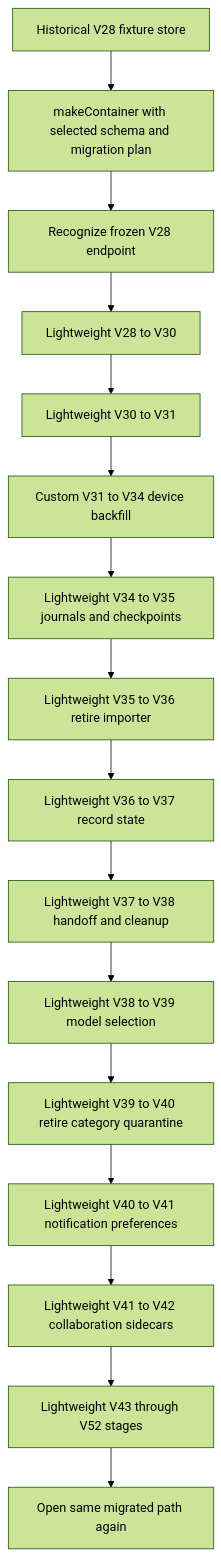
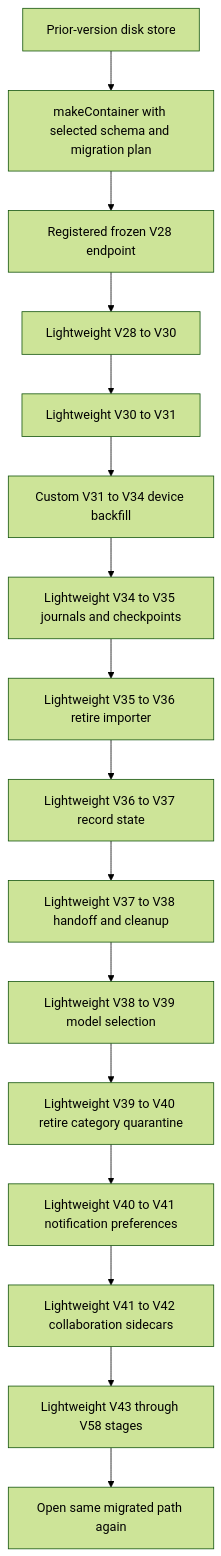
The third of 7 diagrams in openwiki/concepts/persistence-and-secrets.md (AkinoKaede/Termind), drawn with Mermaid (forest theme) before and after one commit. The commit also changed other lines of this file and 67 other files, not shown here.

````diff
--- a/openwiki/concepts/persistence-and-secrets.md
+++ b/openwiki/concepts/persistence-and-secrets.md
@@ -251,18 +255,18 @@
 ```mermaid
 flowchart TD
-    Fixture["Historical V28 fixture store"] --> Factory["makeContainer with selected schema and migration plan"]
-    Factory --> V28["Recognize frozen V28 endpoint"]
+    LegacyStore["Prior-version disk store"] --> Factory["makeContainer with selected schema and migration plan"]
+    Factory --> V28["Registered frozen V28 endpoint"]
     V28 --> V30["Lightweight V28 to V30"]
     V30 --> V31["Lightweight V30 to V31"]
     V31 --> V34["Custom V31 to V34 device backfill"]
     V34 --> V35["Lightweight V34 to V35 journals and checkpoints"]
     V35 --> V36["Lightweight V35 to V36 retire importer"]
     V36 --> V37["Lightweight V36 to V37 record state"]
     V37 --> V38["Lightweight V37 to V38 handoff and cleanup"]
     V38 --> V39["Lightweight V38 to V39 model selection"]
     V39 --> V40["Lightweight V39 to V40 retire category quarantine"]
     V40 --> V41["Lightweight V40 to V41 notification preferences"]
     V41 --> V42["Lightweight V41 to V42 collaboration sidecars"]
-    V42 --> V46["Lightweight V43 through V52 stages"]
-    V46 --> Reopen["Open same migrated path again"]
+    V42 --> Later["Lightweight V43 through V58 stages"]
+    Later --> Reopen["Open same migrated path again"]
 ```
````
